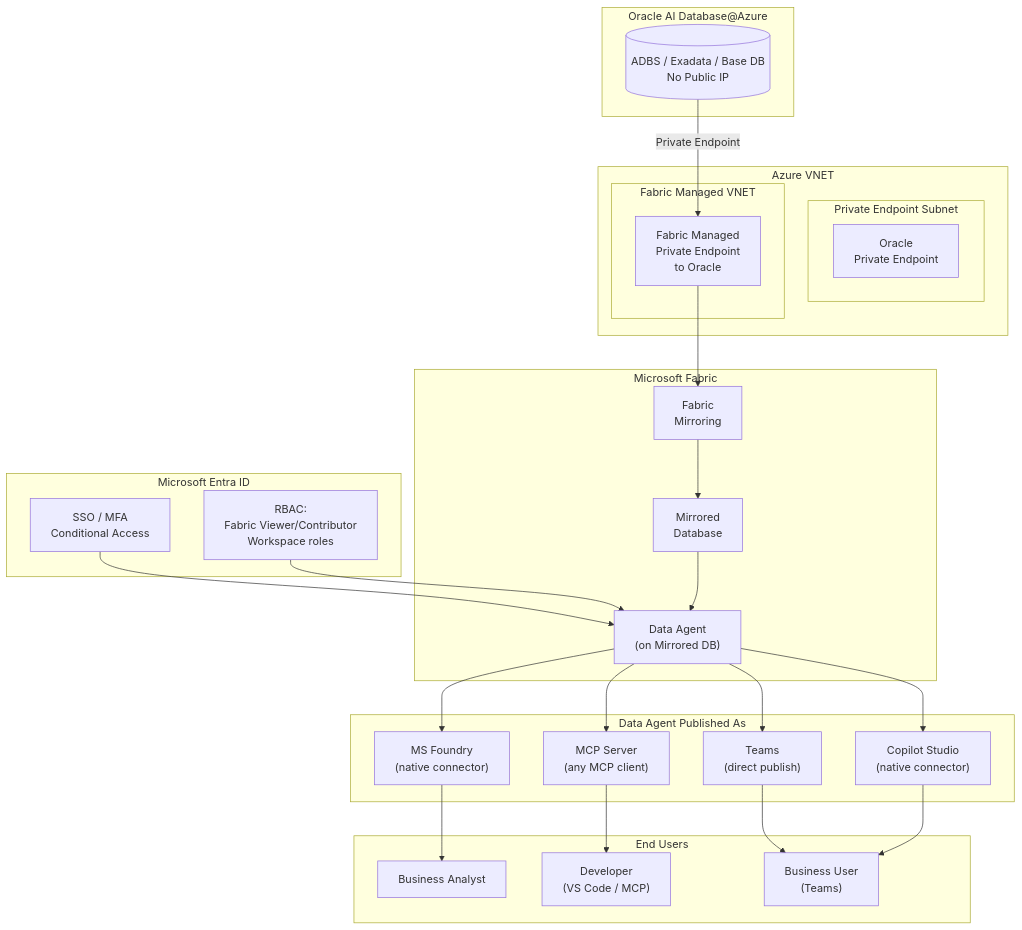
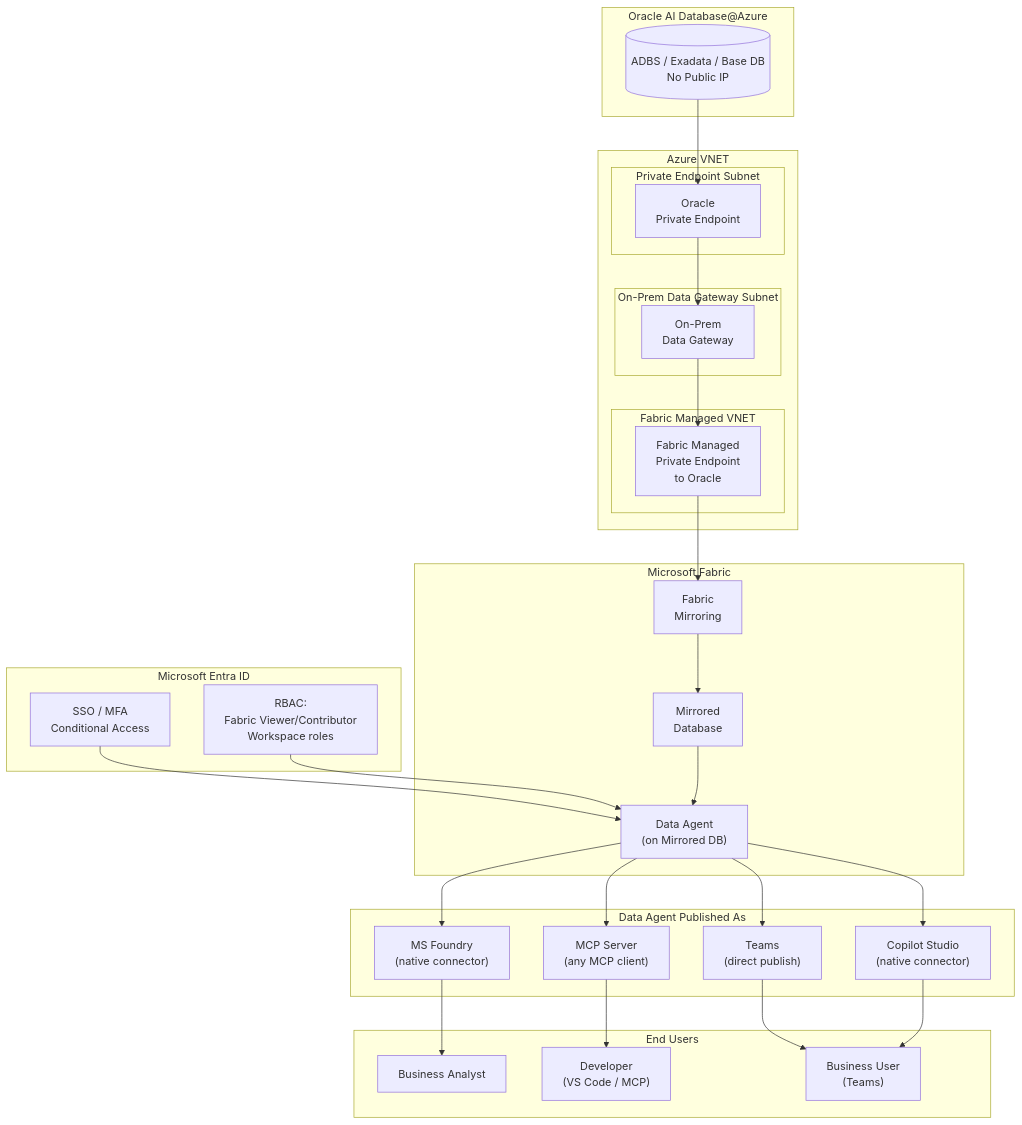
One commit to Azure/Oracle-AI-Database-at-Azure changed diagram 12 of 19 in docs/02-reference-architectures.md. Above: the diagram before and after it, drawn with Mermaid. The commit also changed other lines of this file, not shown here.

Commit message:
Align reference architecture numbering and diagrams

````diff
--- a/docs/02-reference-architectures.md
+++ b/docs/02-reference-architectures.md
@@ -663,54 +702,59 @@
 ```mermaid
 graph TB
  subgraph EntraID["Microsoft Entra ID"]
  AUTH["SSO / MFA<br/>Conditional Access"]
  RBAC_E["RBAC:<br/>Fabric Viewer/Contributor<br/>Workspace roles"]
  end
 
  subgraph VNET["Azure VNET"]
  subgraph PESub["Private Endpoint Subnet"]
  PE_ORA["Oracle<br/>Private Endpoint"]
+ end
+ subgraph OPDGSub["On-Prem Data Gateway Subnet"]
+ OPDG["On-Prem<br/>Data Gateway"]
  end
  subgraph FabricSub["Fabric Managed VNET"]
  FGWY["Fabric Managed<br/>Private Endpoint<br/>to Oracle"]
  end
  end
 
  subgraph ODA["Oracle AI Database@Azure"]
  DB[("ADBS / Exadata / Base DB<br/>No Public IP")]
  end
 
  subgraph Fabric["Microsoft Fabric"]
  MIRROR["Fabric<br/>Mirroring"]
  MDB["Mirrored<br/>Database"]
  DA["Data Agent<br/>(on Mirrored DB)"]
  end
 
  subgraph Publish["Data Agent Published As"]
  MCP_PUB["MCP Server<br/>(any MCP client)"]
  TEAMS["Teams<br/>(direct publish)"]
  CS_CONN["Copilot Studio<br/>(native connector)"]
  FOUNDRY_CONN["MS Foundry<br/>(native connector)"]
  end
 
  subgraph Users["End Users"]
  BA["Business Analyst"]
  DEV["Developer<br/>(VS Code / MCP)"]
  BU["Business User<br/>(Teams)"]
  end
 
  AUTH --> DA
  RBAC_E --> DA
- DB -->|Private Endpoint| FGWY
+ DB --> PE_ORA
+ PE_ORA --> OPDG
+ OPDG --> FGWY
  FGWY --> MIRROR
  MIRROR --> MDB
  MDB --> DA
  DA --> MCP_PUB
  DA --> TEAMS
  DA --> CS_CONN
  DA --> FOUNDRY_CONN
  MCP_PUB --> DEV
  TEAMS --> BU
  CS_CONN --> BU
  FOUNDRY_CONN --> BA
 ```
````
